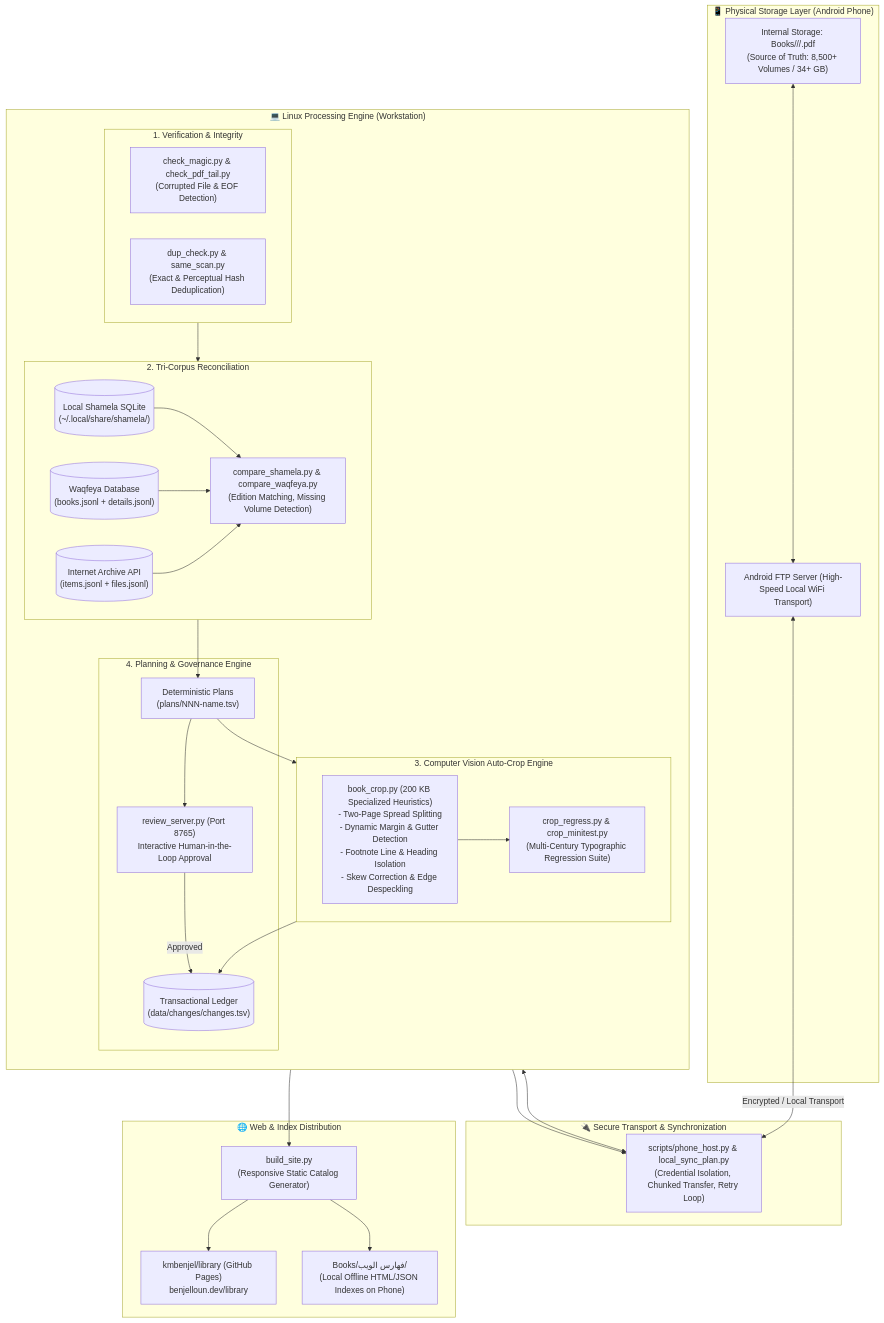
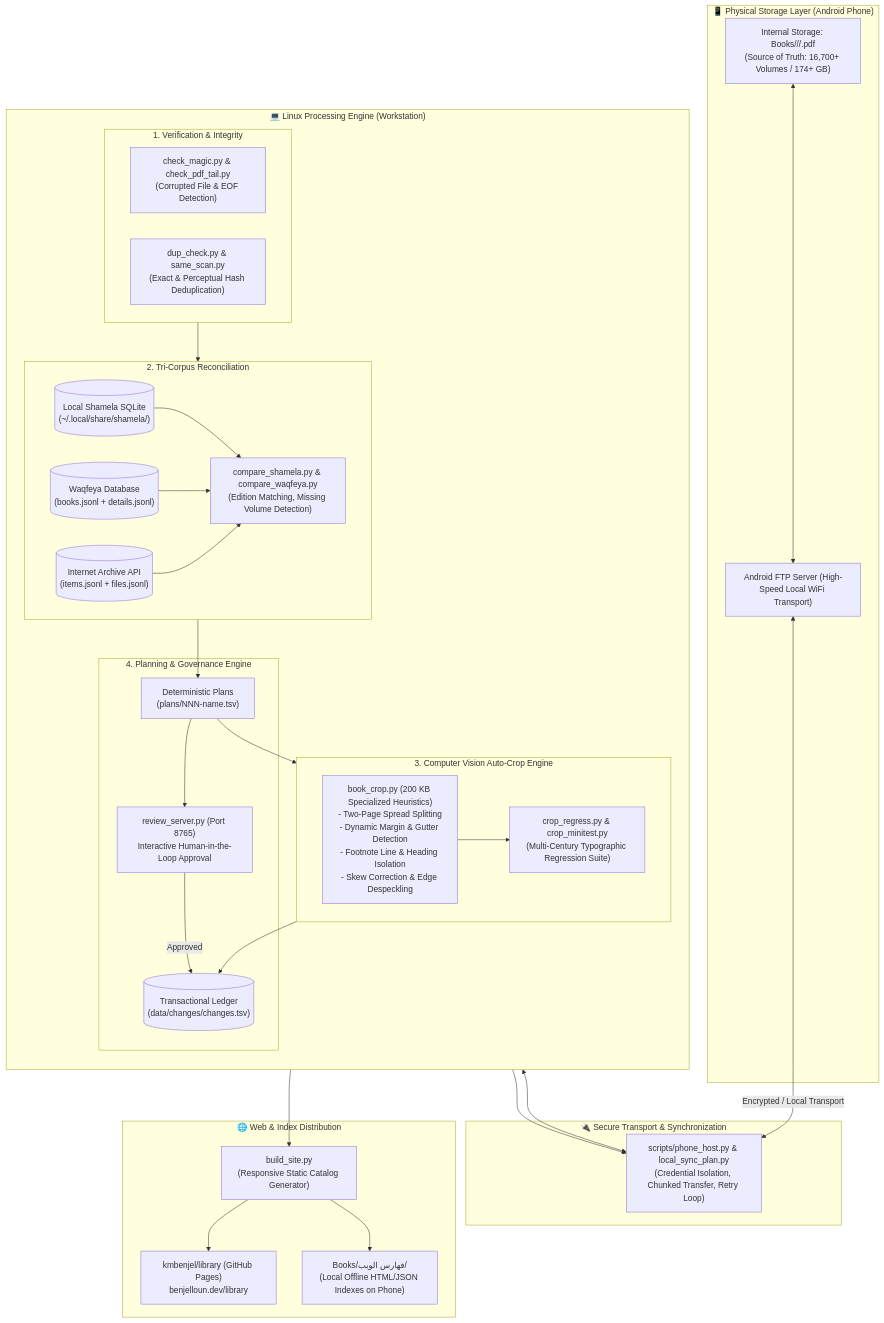
Before and after one commit to kmbenjel/phone-library: the first of 3 diagrams in README.md, drawn with Mermaid. The commit also changed other lines of this file, not shown here.

Commit message:
docs: update library corpus stats to 16,700+ volumes and 174+ GB

````diff
--- a/README.md
+++ b/README.md
@@ -31,65 +31,65 @@
 ```mermaid
 flowchart TB
     subgraph StorageLayer ["📱 Physical Storage Layer (Android Phone)"]
-        PhoneStorage["Internal Storage: Books/<category>/<book>/<volume>.pdf\n(Source of Truth: 8,500+ Volumes / 34+ GB)"]
+        PhoneStorage["Internal Storage: Books/<category>/<book>/<volume>.pdf\n(Source of Truth: 16,700+ Volumes / 174+ GB)"]
         FTPServer["Android FTP Server (High-Speed Local WiFi Transport)"]
         PhoneStorage <--> FTPServer
     end
 
     subgraph Transport ["🔌 Secure Transport & Synchronization"]
         SyncEngine["scripts/phone_host.py & local_sync_plan.py\n(Credential Isolation, Chunked Transfer, Retry Loop)"]
         FTPServer <-->|Encrypted / Local Transport| SyncEngine
     end
 
     subgraph ProcessingCore ["💻 Linux Processing Engine (Workstation)"]
         direction TB
 
         subgraph IngestionAudit ["1. Verification & Integrity"]
             MagicCheck["check_magic.py & check_pdf_tail.py\n(Corrupted File & EOF Detection)"]
             DedupEngine["dup_check.py & same_scan.py\n(Exact & Perceptual Hash Deduplication)"]
         end
 
         subgraph CatalogReconciliation ["2. Tri-Corpus Reconciliation"]
             ShamelaDB[("Local Shamela SQLite\n(~/.local/share/shamela/)")]
             WaqfeyaDB[("Waqfeya Database\n(books.jsonl + details.jsonl)")]
             ArchiveAPI[("Internet Archive API\n(items.jsonl + files.jsonl)")]
             
             Compare["compare_shamela.py & compare_waqfeya.py\n(Edition Matching, Missing Volume Detection)"]
             ShamelaDB --> Compare
             WaqfeyaDB --> Compare
             ArchiveAPI --> Compare
         end
 
         subgraph CVPipeline ["3. Computer Vision Auto-Crop Engine"]
             BookCrop["book_crop.py (200 KB Specialized Heuristics)\n- Two-Page Spread Splitting\n- Dynamic Margin & Gutter Detection\n- Footnote Line & Heading Isolation\n- Skew Correction & Edge Despeckling"]
             CropRegress["crop_regress.py & crop_minitest.py\n(Multi-Century Typographic Regression Suite)"]
             BookCrop --> CropRegress
         end
 
         subgraph Governance ["4. Planning & Governance Engine"]
             BatchPlans["Deterministic Plans\n(plans/NNN-name.tsv)"]
             ChangeLog[("Transactional Ledger\n(data/changes/changes.tsv)")]
             ReviewServer["review_server.py (Port 8765)\nInteractive Human-in-the-Loop Approval"]
             
             BatchPlans --> ReviewServer
             ReviewServer -->|Approved| ChangeLog
         end
     end
 
     subgraph Publishing ["🌐 Web & Index Distribution"]
         SiteBuilder["build_site.py\n(Responsive Static Catalog Generator)"]
         WebRepo["kmbenjel/library (GitHub Pages)\nbenjelloun.dev/library"]
         PhoneIndexes["Books/فهارس الويب/\n(Local Offline HTML/JSON Indexes on Phone)"]
         
         ChangeLog --> SiteBuilder
         SiteBuilder --> WebRepo
         SiteBuilder --> PhoneIndexes
     end
 
     SyncEngine <--> IngestionAudit
     IngestionAudit --> CatalogReconciliation
     CatalogReconciliation --> BatchPlans
     BatchPlans --> CVPipeline
     CVPipeline --> ChangeLog
     ChangeLog --> SyncEngine
 ```
````
